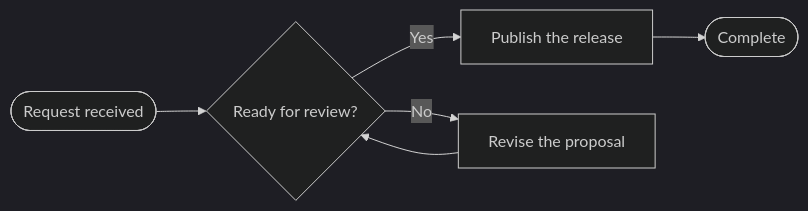
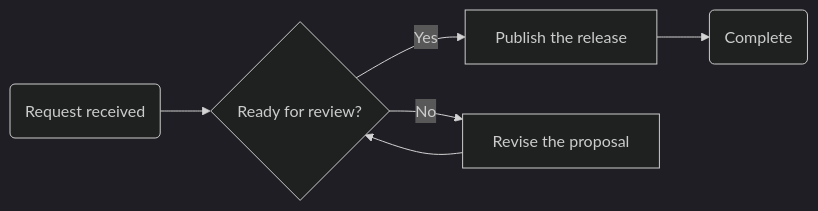
The diagram in .agents/skills/design-merman-theme/assets/flowchart.mmd (Latias94/merman), drawn with Mermaid (dark theme) before and after one commit. The commit also changed 7 other files, not shown here.

```diff
--- a/.agents/skills/design-merman-theme/assets/flowchart.mmd
+++ b/.agents/skills/design-merman-theme/assets/flowchart.mmd
@@ -1,6 +1,6 @@
 flowchart LR
-    Start([Request received]) --> Review{Ready for review?}
+    Start("Request received") --> Review{Ready for review?}
     Review -->|Yes| Publish[Publish the release]
     Review -->|No| Revise[Revise the proposal]
     Revise --> Review
-    Publish --> Done([Complete])
+    Publish --> Done("Complete")
```
